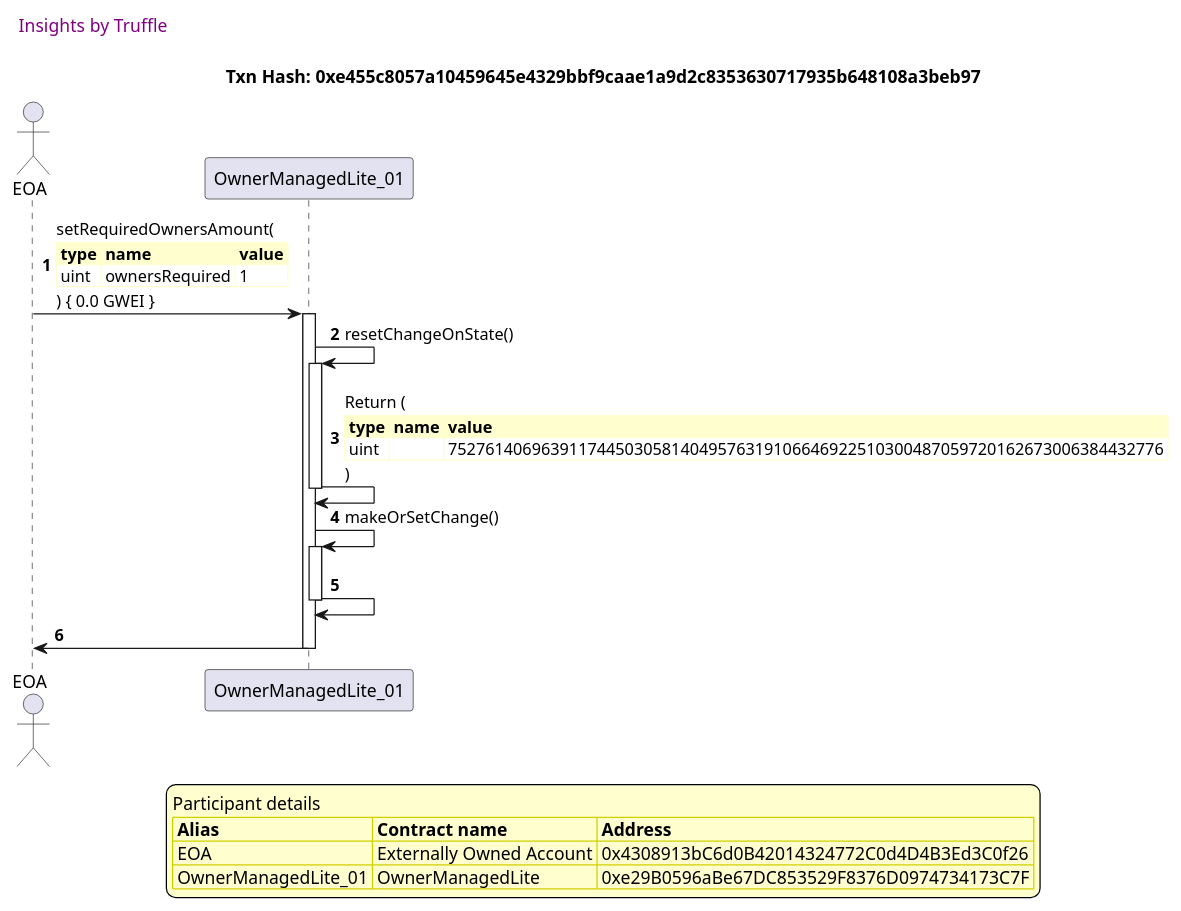
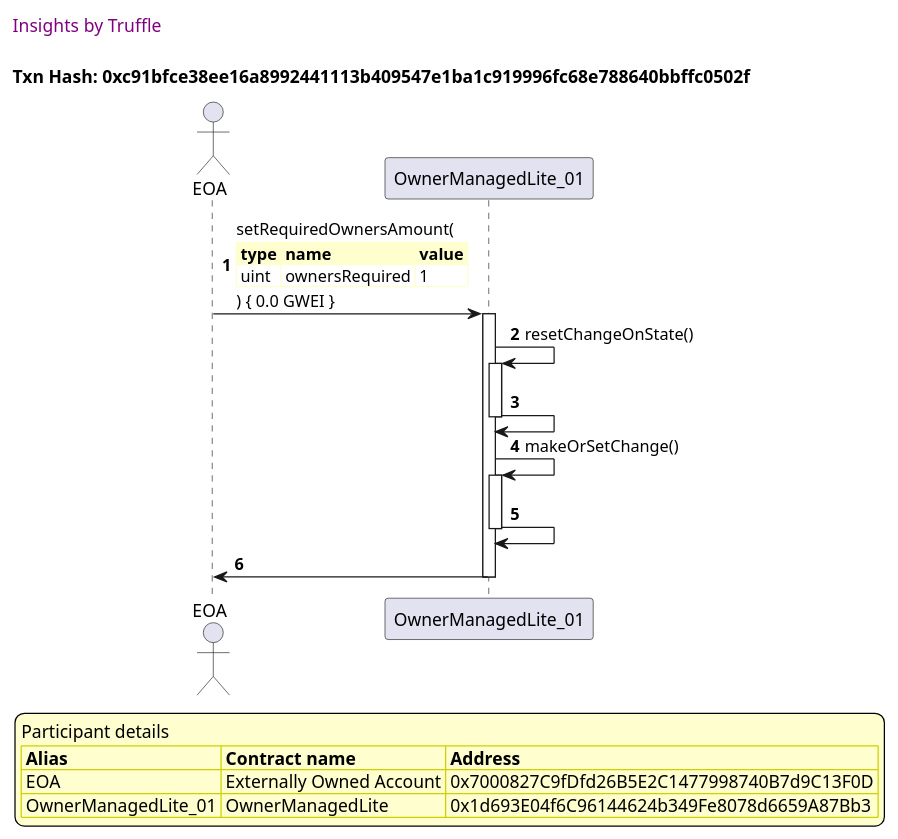
The fifth of 31 diagrams in truffle-seq/OwnerManagedLite_test_griefing_prevention.md (thedarkjester/ConsensysAssignment), drawn with PlantUML before and after one commit. The commit also changed other lines of this file and 13 other files, not shown here.

````diff
--- a/truffle-seq/OwnerManagedLite_test_griefing_prevention.md
+++ b/truffle-seq/OwnerManagedLite_test_griefing_prevention.md
@@ -223,47 +207,44 @@
 ```plantuml
 
 
 @startuml
 
 autonumber
 skinparam legendBackgroundColor #FEFECE
 
 <style>
       header {
         HorizontalAlignment left
         FontColor purple
         FontSize 14
         Padding 10
       }
     </style>
 
 header Insights by Truffle
 
-title Txn Hash: 0xe455c8057a10459645e4329bbf9caae1a9d2c8353630717935b648108a3beb97
+title Txn Hash: 0xc91bfce38ee16a8992441113b409547e1ba1c919996fc68e788640bbffc0502f
 
 
 actor EOA as "EOA"
 participant OwnerManagedLite_01 as "OwnerManagedLite_01"
 
 "EOA" -> "OwnerManagedLite_01" ++: setRequiredOwnersAmount(\n\
 <#FEFECE,#FEFECE>|= type |= name |= value |\n\
 | uint | ownersRequired | 1 |\n\
 ) { 0.0 GWEI }
 "OwnerManagedLite_01" -> "OwnerManagedLite_01" ++: resetChangeOnState()
-"OwnerManagedLite_01" -> "OwnerManagedLite_01" --: Return (\n\
-<#FEFECE,#FEFECE>|= type |= name |= value |\n\
-| uint |  | 75276140696391174450305814049576319106646922510300487059720162673006384432776 |\n\
-)
+"OwnerManagedLite_01" -> "OwnerManagedLite_01" --: 
 "OwnerManagedLite_01" -> "OwnerManagedLite_01" ++: makeOrSetChange()
 "OwnerManagedLite_01" -> "OwnerManagedLite_01" --: 
 "OwnerManagedLite_01" -> "EOA" --: 
 
 legend
 Participant details
 <#FEFECE,#D0D000>|= Alias |= Contract name |= Address |
-<#FEFECE>| EOA | Externally Owned Account | 0x4308913bC6d0B42014324772C0d4D4B3Ed3C0f26 |
-<#FEFECE>| OwnerManagedLite_01 | OwnerManagedLite | 0xe29B0596aBe67DC853529F8376D0974734173C7F |
+<#FEFECE>| EOA | Externally Owned Account | 0x7000827C9fDfd26B5E2C1477998740B7d9C13F0D |
+<#FEFECE>| OwnerManagedLite_01 | OwnerManagedLite | 0x1d693E04f6C96144624b349Fe8078d6659A87Bb3 |
 endlegend
 
 @enduml
 ```
````
